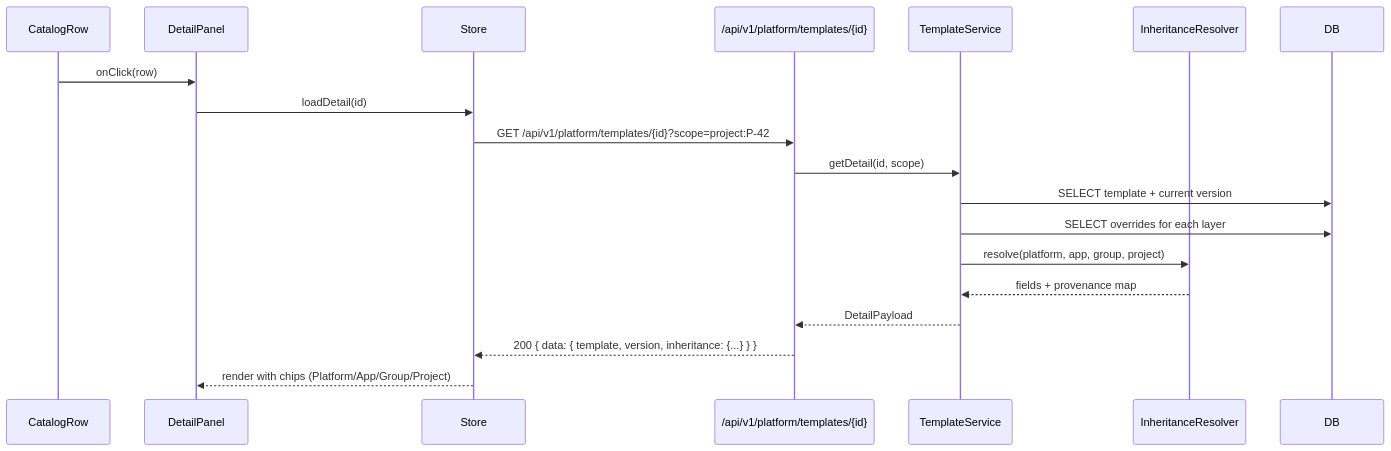
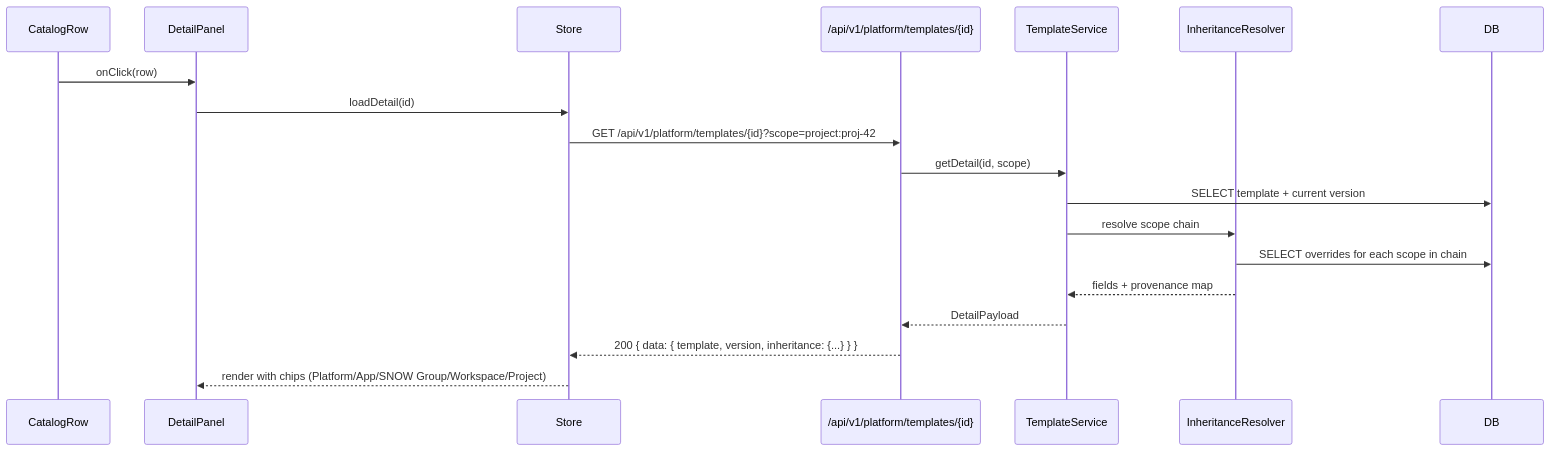
The sixth of 14 diagrams in docs/04-architecture/platform-center-data-flow.md (wwa-lab/Agentic-SDLC-Control-Tower), drawn with Mermaid before and after one commit. The commit also changed other lines of this file and 88 other files, not shown here.

````diff
--- a/docs/04-architecture/platform-center-data-flow.md
+++ b/docs/04-architecture/platform-center-data-flow.md
@@ -187,22 +209,22 @@
 ```mermaid
 sequenceDiagram
     participant Row as CatalogRow
     participant Detail as DetailPanel
     participant Store
     participant API as /api/v1/platform/templates/{id}
     participant Svc as TemplateService
     participant Resolver as InheritanceResolver
     participant DB
 
     Row->>Detail: onClick(row)
     Detail->>Store: loadDetail(id)
-    Store->>API: GET /api/v1/platform/templates/{id}?scope=project:P-42
+    Store->>API: GET /api/v1/platform/templates/{id}?scope=project:proj-42
     API->>Svc: getDetail(id, scope)
     Svc->>DB: SELECT template + current version
-    Svc->>DB: SELECT overrides for each layer
-    Svc->>Resolver: resolve(platform, app, group, project)
+    Svc->>Resolver: resolve scope chain
+    Resolver->>DB: SELECT overrides for each scope in chain
     Resolver-->>Svc: fields + provenance map
     Svc-->>API: DetailPayload
     API-->>Store: 200 { data: { template, version, inheritance: {...} } }
-    Store-->>Detail: render with chips (Platform/App/Group/Project)
+    Store-->>Detail: render with chips (Platform/App/SNOW Group/Workspace/Project)
 ```
````
